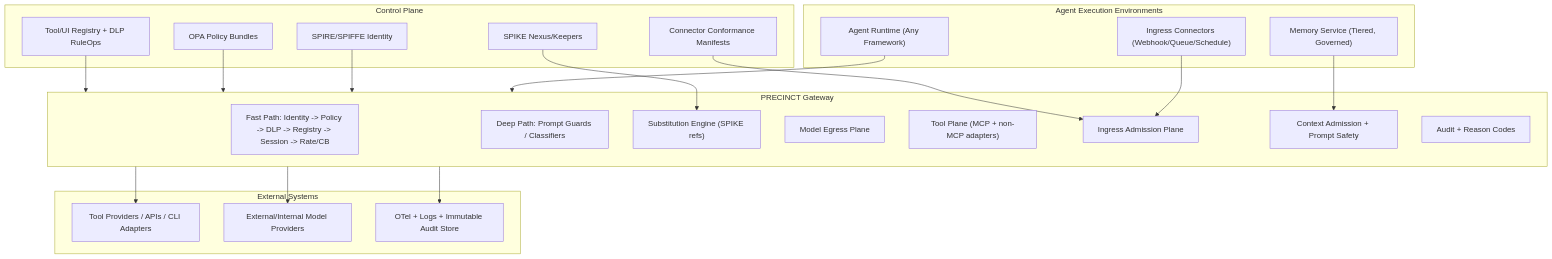
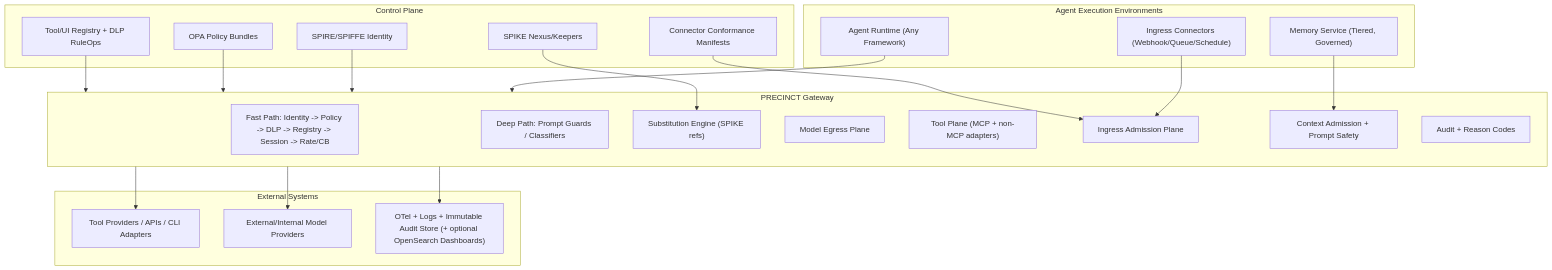
Before and after one commit to precinct-dev/PRECINCT: the diagram in precinct-reference-architecture.md, drawn with Mermaid. The commit also changed other lines of this file and 56 other files, not shown here.

First line of the commit message:
feat: add OpenSearch observability profile and capabilities page

````diff
--- a/precinct-reference-architecture.md
+++ b/precinct-reference-architecture.md
@@ -1866,45 +1867,45 @@
 ```mermaid
 flowchart TB
   subgraph CP["Control Plane"]
     SPIRE["SPIRE/SPIFFE Identity"]
     OPA["OPA Policy Bundles"]
     SPIKE["SPIKE Nexus/Keepers"]
     REG["Tool/UI Registry + DLP RuleOps"]
     CONF["Connector Conformance Manifests"]
   end
 
   subgraph AG["Agent Execution Environments"]
     AGENT["Agent Runtime (Any Framework)"]
     MEM["Memory Service (Tiered, Governed)"]
     ING["Ingress Connectors (Webhook/Queue/Schedule)"]
   end
 
   subgraph U["PRECINCT Gateway"]
     FAST["Fast Path: Identity -> Policy -> DLP -> Registry -> Session -> Rate/CB"]
     DEEP["Deep Path: Prompt Guards / Classifiers"]
     SUB["Substitution Engine (SPIKE refs)"]
     MEP["Model Egress Plane"]
     TP["Tool Plane (MCP + non-MCP adapters)"]
     IAP["Ingress Admission Plane"]
     CAP["Context Admission + Prompt Safety"]
     AUD["Audit + Reason Codes"]
   end
 
   subgraph EXT["External Systems"]
     TOOLS["Tool Providers / APIs / CLI Adapters"]
     LLM["External/Internal Model Providers"]
-    OBS["OTel + Logs + Immutable Audit Store"]
+    OBS["OTel + Logs + Immutable Audit Store (+ optional OpenSearch Dashboards)"]
   end
 
   AGENT --> U
   ING --> IAP
   MEM --> CAP
   U --> TOOLS
   U --> LLM
   U --> OBS
   SPIRE --> U
   OPA --> U
   SPIKE --> SUB
   REG --> U
   CONF --> IAP
 ```
````
